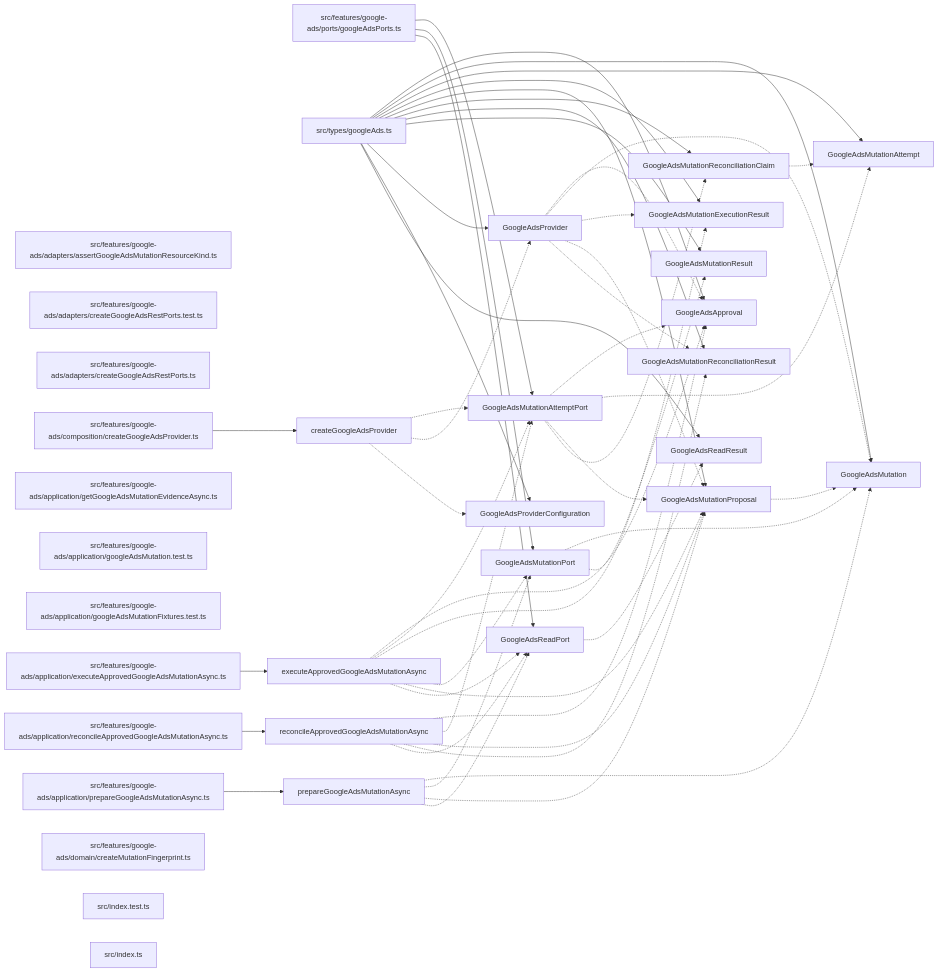
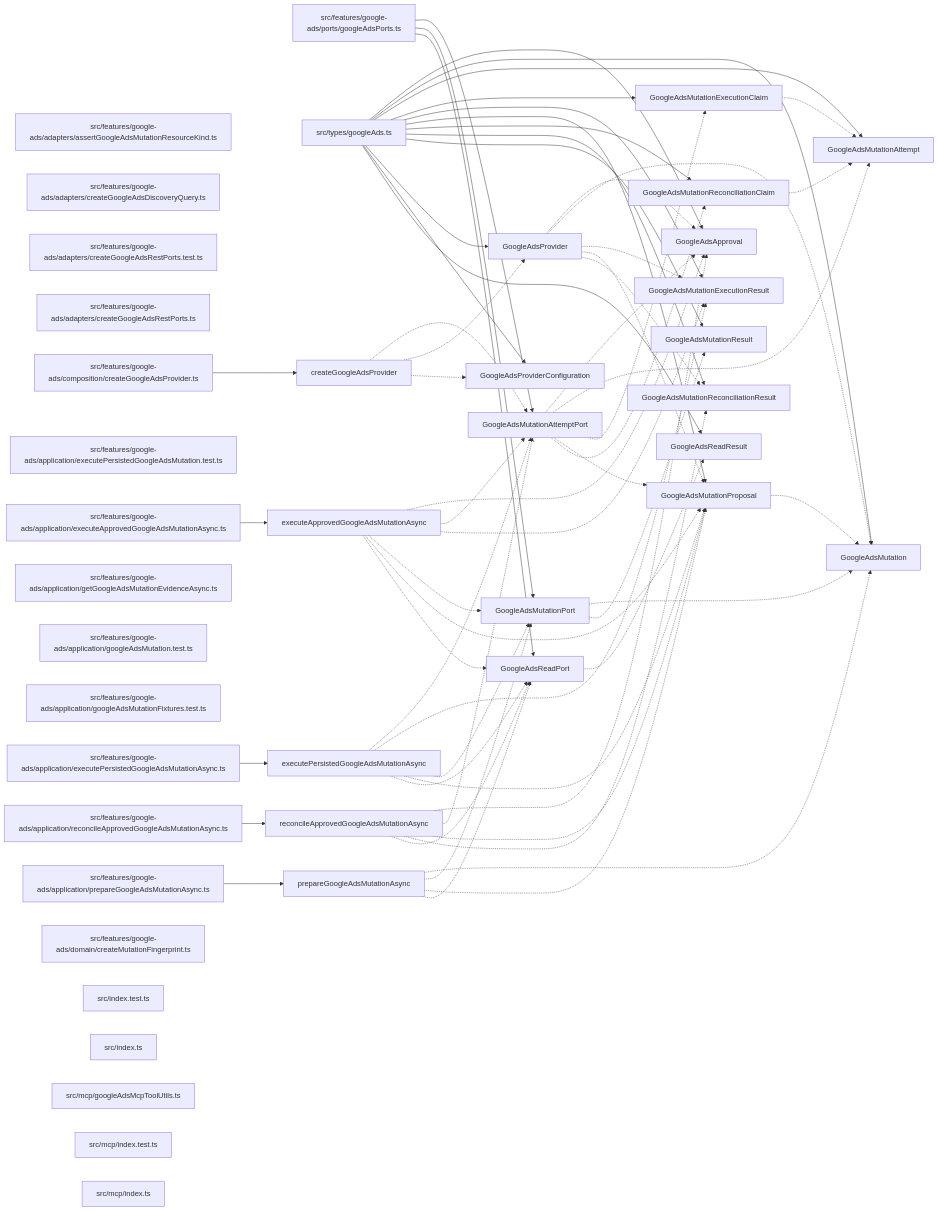
The diagram in paradox/diagrams/export-graph.mmd (ankhorage/ads-google), drawn with Mermaid before and after one commit. The commit also changed 10 other files, not shown here.

```diff
--- a/paradox/diagrams/export-graph.mmd
+++ b/paradox/diagrams/export-graph.mmd
@@ -1,84 +1,101 @@
 graph LR
   module_src_features_google_ads_adapters_assertGoogleAdsMutationResourceKind_ts["src/features/google-ads/adapters/assertGoogleAdsMutationResourceKind.ts"]
+  module_src_features_google_ads_adapters_createGoogleAdsDiscoveryQuery_ts["src/features/google-ads/adapters/createGoogleAdsDiscoveryQuery.ts"]
   module_src_features_google_ads_adapters_createGoogleAdsRestPorts_test_ts["src/features/google-ads/adapters/createGoogleAdsRestPorts.test.ts"]
   module_src_features_google_ads_adapters_createGoogleAdsRestPorts_ts["src/features/google-ads/adapters/createGoogleAdsRestPorts.ts"]
   module_src_features_google_ads_application_executeApprovedGoogleAdsMutationAsync_ts["src/features/google-ads/application/executeApprovedGoogleAdsMutationAsync.ts"]
+  module_src_features_google_ads_application_executePersistedGoogleAdsMutation_test_ts["src/features/google-ads/application/executePersistedGoogleAdsMutation.test.ts"]
+  module_src_features_google_ads_application_executePersistedGoogleAdsMutationAsync_ts["src/features/google-ads/application/executePersistedGoogleAdsMutationAsync.ts"]
   module_src_features_google_ads_application_getGoogleAdsMutationEvidenceAsync_ts["src/features/google-ads/application/getGoogleAdsMutationEvidenceAsync.ts"]
   module_src_features_google_ads_application_googleAdsMutation_test_ts["src/features/google-ads/application/googleAdsMutation.test.ts"]
   module_src_features_google_ads_application_googleAdsMutationFixtures_test_ts["src/features/google-ads/application/googleAdsMutationFixtures.test.ts"]
   module_src_features_google_ads_application_prepareGoogleAdsMutationAsync_ts["src/features/google-ads/application/prepareGoogleAdsMutationAsync.ts"]
   module_src_features_google_ads_application_reconcileApprovedGoogleAdsMutationAsync_ts["src/features/google-ads/application/reconcileApprovedGoogleAdsMutationAsync.ts"]
   module_src_features_google_ads_composition_createGoogleAdsProvider_ts["src/features/google-ads/composition/createGoogleAdsProvider.ts"]
   module_src_features_google_ads_domain_createMutationFingerprint_ts["src/features/google-ads/domain/createMutationFingerprint.ts"]
   module_src_features_google_ads_ports_googleAdsPorts_ts["src/features/google-ads/ports/googleAdsPorts.ts"]
   module_src_index_test_ts["src/index.test.ts"]
   module_src_index_ts["src/index.ts"]
+  module_src_mcp_googleAdsMcpToolUtils_ts["src/mcp/googleAdsMcpToolUtils.ts"]
+  module_src_mcp_index_test_ts["src/mcp/index.test.ts"]
+  module_src_mcp_index_ts["src/mcp/index.ts"]
   module_src_types_googleAds_ts["src/types/googleAds.ts"]
   export_createGoogleAdsProvider["createGoogleAdsProvider"]
   module_src_features_google_ads_composition_createGoogleAdsProvider_ts --> export_createGoogleAdsProvider
   export_createGoogleAdsProvider -.-> export_GoogleAdsMutationAttemptPort
   export_createGoogleAdsProvider -.-> export_GoogleAdsProvider
   export_createGoogleAdsProvider -.-> export_GoogleAdsProviderConfiguration
   export_executeApprovedGoogleAdsMutationAsync["executeApprovedGoogleAdsMutationAsync"]
   module_src_features_google_ads_application_executeApprovedGoogleAdsMutationAsync_ts --> export_executeApprovedGoogleAdsMutationAsync
   export_executeApprovedGoogleAdsMutationAsync -.-> export_GoogleAdsApproval
   export_executeApprovedGoogleAdsMutationAsync -.-> export_GoogleAdsMutationAttemptPort
   export_executeApprovedGoogleAdsMutationAsync -.-> export_GoogleAdsMutationExecutionResult
   export_executeApprovedGoogleAdsMutationAsync -.-> export_GoogleAdsMutationPort
   export_executeApprovedGoogleAdsMutationAsync -.-> export_GoogleAdsMutationProposal
   export_executeApprovedGoogleAdsMutationAsync -.-> export_GoogleAdsReadPort
+  export_executePersistedGoogleAdsMutationAsync["executePersistedGoogleAdsMutationAsync"]
+  module_src_features_google_ads_application_executePersistedGoogleAdsMutationAsync_ts --> export_executePersistedGoogleAdsMutationAsync
+  export_executePersistedGoogleAdsMutationAsync -.-> export_GoogleAdsMutationAttemptPort
+  export_executePersistedGoogleAdsMutationAsync -.-> export_GoogleAdsMutationExecutionResult
+  export_executePersistedGoogleAdsMutationAsync -.-> export_GoogleAdsMutationPort
+  export_executePersistedGoogleAdsMutationAsync -.-> export_GoogleAdsMutationProposal
+  export_executePersistedGoogleAdsMutationAsync -.-> export_GoogleAdsReadPort
   export_GoogleAdsApproval["GoogleAdsApproval"]
   module_src_types_googleAds_ts --> export_GoogleAdsApproval
   export_GoogleAdsMutation["GoogleAdsMutation"]
   module_src_types_googleAds_ts --> export_GoogleAdsMutation
   export_GoogleAdsMutationAttempt["GoogleAdsMutationAttempt"]
   module_src_types_googleAds_ts --> export_GoogleAdsMutationAttempt
   export_GoogleAdsMutationAttemptPort["GoogleAdsMutationAttemptPort"]
   module_src_features_google_ads_ports_googleAdsPorts_ts --> export_GoogleAdsMutationAttemptPort
   export_GoogleAdsMutationAttemptPort -.-> export_GoogleAdsApproval
   export_GoogleAdsMutationAttemptPort -.-> export_GoogleAdsMutationAttempt
+  export_GoogleAdsMutationAttemptPort -.-> export_GoogleAdsMutationExecutionClaim
   export_GoogleAdsMutationAttemptPort -.-> export_GoogleAdsMutationProposal
   export_GoogleAdsMutationAttemptPort -.-> export_GoogleAdsMutationReconciliationClaim
+  export_GoogleAdsMutationExecutionClaim["GoogleAdsMutationExecutionClaim"]
+  module_src_types_googleAds_ts --> export_GoogleAdsMutationExecutionClaim
+  export_GoogleAdsMutationExecutionClaim -.-> export_GoogleAdsMutationAttempt
   export_GoogleAdsMutationExecutionResult["GoogleAdsMutationExecutionResult"]
   module_src_types_googleAds_ts --> export_GoogleAdsMutationExecutionResult
   export_GoogleAdsMutationPort["GoogleAdsMutationPort"]
   module_src_features_google_ads_ports_googleAdsPorts_ts --> export_GoogleAdsMutationPort
   export_GoogleAdsMutationPort -.-> export_GoogleAdsMutation
   export_GoogleAdsMutationPort -.-> export_GoogleAdsMutationResult
   export_GoogleAdsMutationProposal["GoogleAdsMutationProposal"]
   module_src_types_googleAds_ts --> export_GoogleAdsMutationProposal
   export_GoogleAdsMutationProposal -.-> export_GoogleAdsMutation
   export_GoogleAdsMutationReconciliationClaim["GoogleAdsMutationReconciliationClaim"]
   module_src_types_googleAds_ts --> export_GoogleAdsMutationReconciliationClaim
   export_GoogleAdsMutationReconciliationClaim -.-> export_GoogleAdsMutationAttempt
   export_GoogleAdsMutationReconciliationResult["GoogleAdsMutationReconciliationResult"]
   module_src_types_googleAds_ts --> export_GoogleAdsMutationReconciliationResult
   export_GoogleAdsMutationResult["GoogleAdsMutationResult"]
   module_src_types_googleAds_ts --> export_GoogleAdsMutationResult
   export_GoogleAdsProvider["GoogleAdsProvider"]
   module_src_types_googleAds_ts --> export_GoogleAdsProvider
   export_GoogleAdsProvider -.-> export_GoogleAdsApproval
   export_GoogleAdsProvider -.-> export_GoogleAdsMutation
   export_GoogleAdsProvider -.-> export_GoogleAdsMutationExecutionResult
   export_GoogleAdsProvider -.-> export_GoogleAdsMutationProposal
   export_GoogleAdsProvider -.-> export_GoogleAdsMutationReconciliationResult
   export_GoogleAdsProviderConfiguration["GoogleAdsProviderConfiguration"]
   module_src_types_googleAds_ts --> export_GoogleAdsProviderConfiguration
   export_GoogleAdsReadPort["GoogleAdsReadPort"]
   module_src_features_google_ads_ports_googleAdsPorts_ts --> export_GoogleAdsReadPort
   export_GoogleAdsReadPort -.-> export_GoogleAdsReadResult
   export_GoogleAdsReadResult["GoogleAdsReadResult"]
   module_src_types_googleAds_ts --> export_GoogleAdsReadResult
   export_prepareGoogleAdsMutationAsync["prepareGoogleAdsMutationAsync"]
   module_src_features_google_ads_application_prepareGoogleAdsMutationAsync_ts --> export_prepareGoogleAdsMutationAsync
   export_prepareGoogleAdsMutationAsync -.-> export_GoogleAdsMutation
   export_prepareGoogleAdsMutationAsync -.-> export_GoogleAdsMutationPort
   export_prepareGoogleAdsMutationAsync -.-> export_GoogleAdsMutationProposal
   export_prepareGoogleAdsMutationAsync -.-> export_GoogleAdsReadPort
   export_reconcileApprovedGoogleAdsMutationAsync["reconcileApprovedGoogleAdsMutationAsync"]
   module_src_features_google_ads_application_reconcileApprovedGoogleAdsMutationAsync_ts --> export_reconcileApprovedGoogleAdsMutationAsync
   export_reconcileApprovedGoogleAdsMutationAsync -.-> export_GoogleAdsApproval
   export_reconcileApprovedGoogleAdsMutationAsync -.-> export_GoogleAdsMutationAttemptPort
   export_reconcileApprovedGoogleAdsMutationAsync -.-> export_GoogleAdsMutationProposal
   export_reconcileApprovedGoogleAdsMutationAsync -.-> export_GoogleAdsMutationReconciliationResult
   export_reconcileApprovedGoogleAdsMutationAsync -.-> export_GoogleAdsReadPort
```
